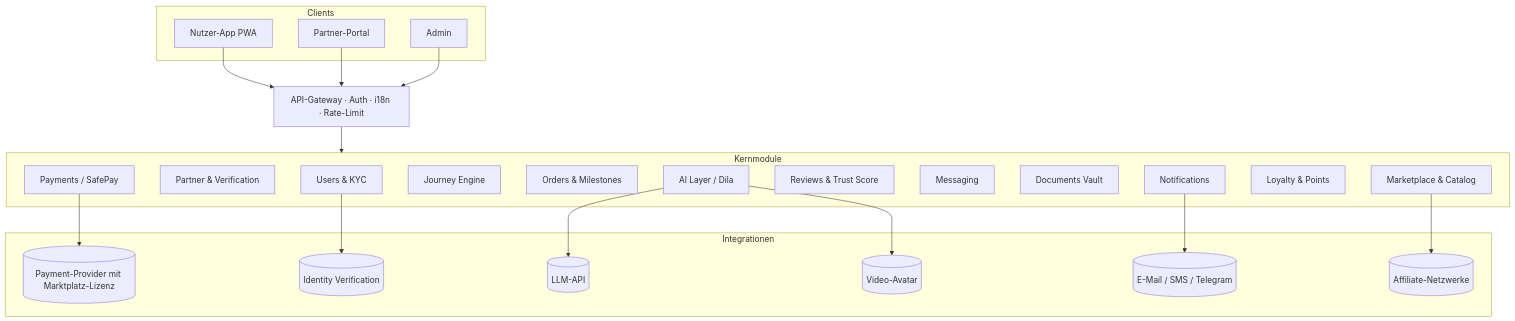
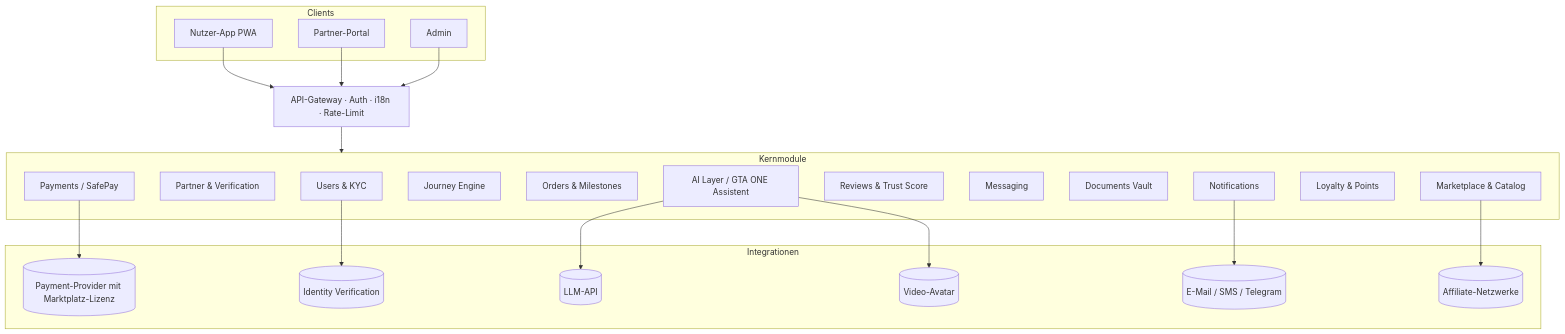
One commit to dditz89-boop/GTA-ONE changed the diagram in docs/TECHNIK.md. Above: the diagram before and after it, drawn with Mermaid. The commit also changed other lines of this file and 2 other files, not shown here.

First line of the commit message:
GTA ONE MVP: einfachere Oberfläche, 4 Sprachen, GTA ONE Assistent, mehr Funktionen

````diff
--- a/docs/TECHNIK.md
+++ b/docs/TECHNIK.md
@@ -15,38 +15,38 @@
 ```mermaid
 flowchart TB
   subgraph Clients
     U[Nutzer-App PWA]:::c
     PP[Partner-Portal]:::c
     AD[Admin]:::c
   end
   GW[API-Gateway · Auth · i18n · Rate-Limit]
   subgraph Core[Kernmodule]
     USR[Users & KYC]
     PRT[Partner & Verification]
     MKT[Marketplace & Catalog]
     JRN[Journey Engine]
     ORD[Orders & Milestones]
     PAY[Payments / SafePay]
     REV[Reviews & Trust Score]
     MSG[Messaging]
     DOC[Documents Vault]
     NOT[Notifications]
     LOY[Loyalty & Points]
-    AI[AI Layer / Dila]
+    AI[AI Layer / GTA ONE Assistent]
   end
   subgraph Ext[Integrationen]
     PSP[(Payment-Provider mit Marktplatz-Lizenz)]
     KYC[(Identity Verification)]
     LLM[(LLM-API)]
     VID[(Video-Avatar)]
     COM[(E-Mail / SMS / Telegram)]
     AFF[(Affiliate-Netzwerke)]
   end
   U & PP & AD --> GW --> Core
   PAY --> PSP
   USR --> KYC
   AI --> LLM
   AI --> VID
   NOT --> COM
   MKT --> AFF
 ```
````
